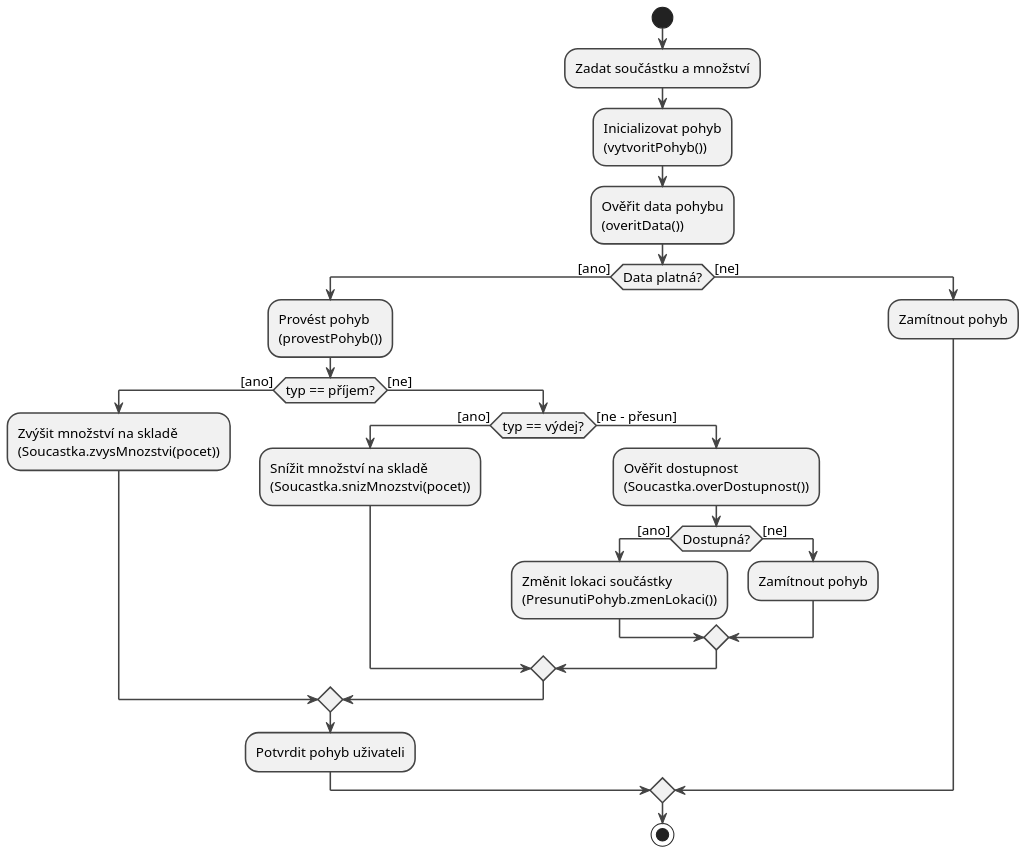
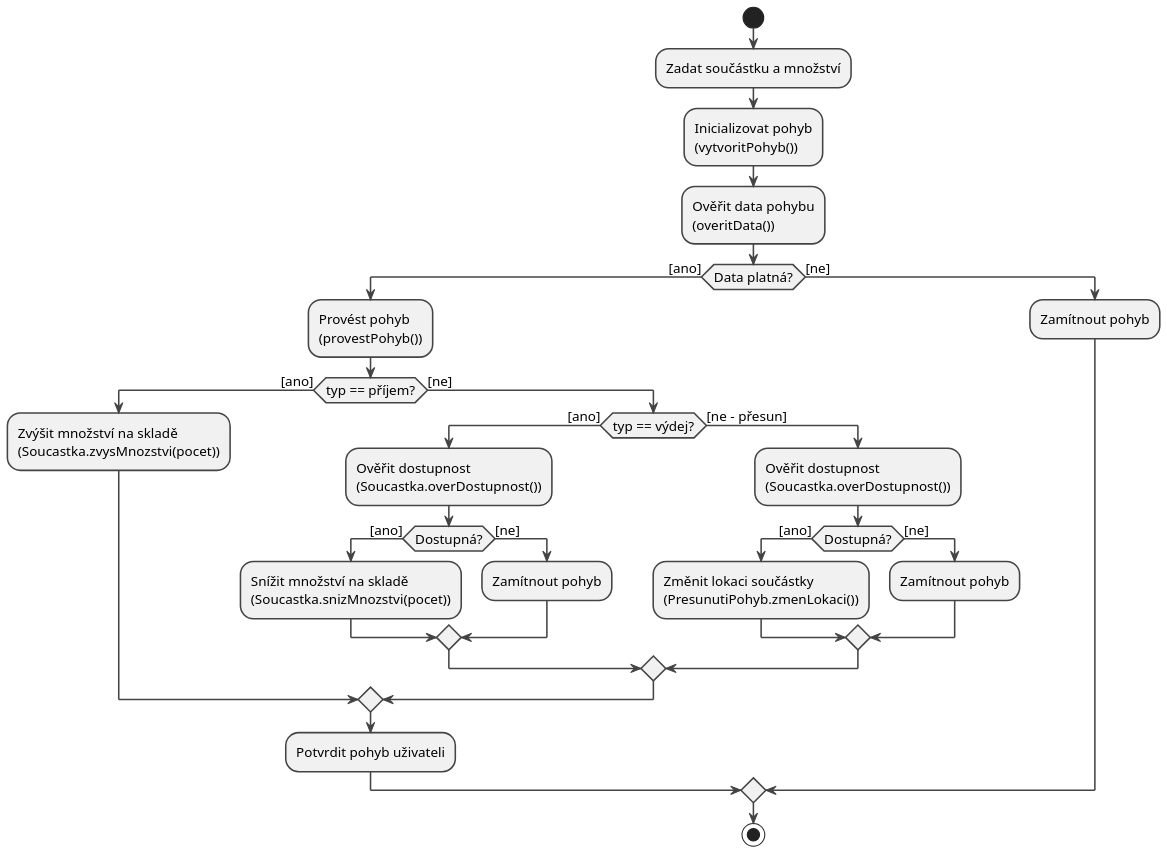
The diagram in diagrams/12_activity_wms.puml (lkvapil/kOdevzdaniProjektWMS), drawn with PlantUML before and after one commit. The commit also changed 8 other files, not shown here.

Commit message:
fix: stavove diagramy - overDostupnost() konzistentne u VydejPohyb a PresunutiPohyb

```diff
--- a/diagrams/12_activity_wms.puml
+++ b/diagrams/12_activity_wms.puml
@@ -1,42 +1,47 @@
 @startuml
 scale 1.5
 skinparam defaultFontSize 13
 skinparam ArrowThickness 1.5
 skinparam ActivityBorderThickness 1.5
 skinparam ActivityDiamondBorderThickness 1.5
 skinparam ActivityBorderColor #444444
 skinparam ActivityDiamondBorderColor #444444
 skinparam ArrowColor #444444
 
 start
 
 :Zadat součástku a množství;
 :Inicializovat pohyb\n(vytvoritPohyb());
 :Ověřit data pohybu\n(overitData());
 
 if (Data platná?) then ([ano])
   :Provést pohyb\n(provestPohyb());
 
   if (typ == příjem?) then ([ano])
     :Zvýšit množství na skladě\n(Soucastka.zvysMnozstvi(pocet));
   else ([ne])
     if (typ == výdej?) then ([ano])
-      :Snížit množství na skladě\n(Soucastka.snizMnozstvi(pocet));
+      :Ověřit dostupnost\n(Soucastka.overDostupnost());
+      if (Dostupná?) then ([ano])
+        :Snížit množství na skladě\n(Soucastka.snizMnozstvi(pocet));
+      else ([ne])
+        :Zamítnout pohyb;
+      endif
     else ([ne – přesun])
       :Ověřit dostupnost\n(Soucastka.overDostupnost());
       if (Dostupná?) then ([ano])
         :Změnit lokaci součástky\n(PresunutiPohyb.zmenLokaci());
       else ([ne])
         :Zamítnout pohyb;
       endif
     endif
   endif
 
   :Potvrdit pohyb uživateli;
 
 else ([ne])
   :Zamítnout pohyb;
 endif
 
 stop
 @enduml
```
